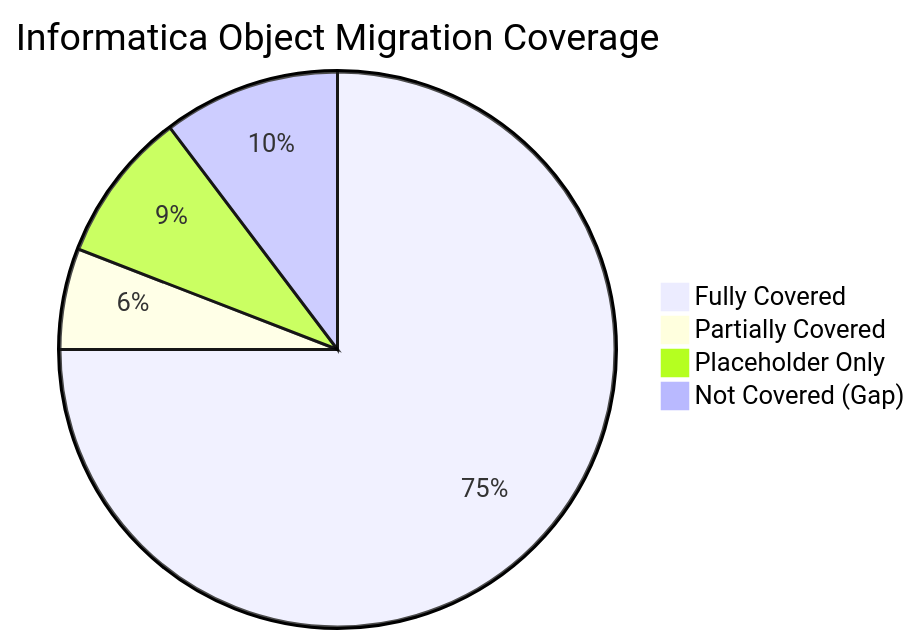
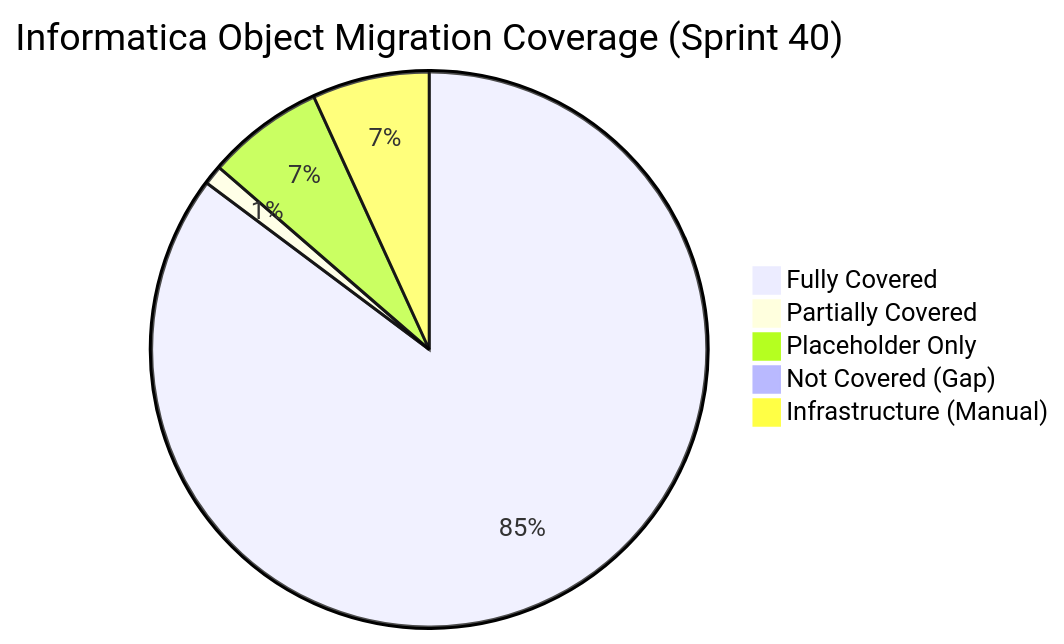
The first of 3 diagrams in GAP_ANALYSIS.md (cyphou/InformaticaToFabric), drawn with Mermaid before and after one commit. The commit also changed other lines of this file and 82 other files, not shown here.

````diff
--- a/GAP_ANALYSIS.md
+++ b/GAP_ANALYSIS.md
@@ -35,7 +36,8 @@
 ```mermaid
-pie title Informatica Object Migration Coverage
-    "Fully Covered" : 51
-    "Partially Covered" : 4
+pie title Informatica Object Migration Coverage (Sprint 40)
+    "Fully Covered" : 75
+    "Partially Covered" : 1
     "Placeholder Only" : 6
-    "Not Covered (Gap)" : 7
+    "Not Covered (Gap)" : 0
+    "Infrastructure (Manual)" : 6
 ```
````
